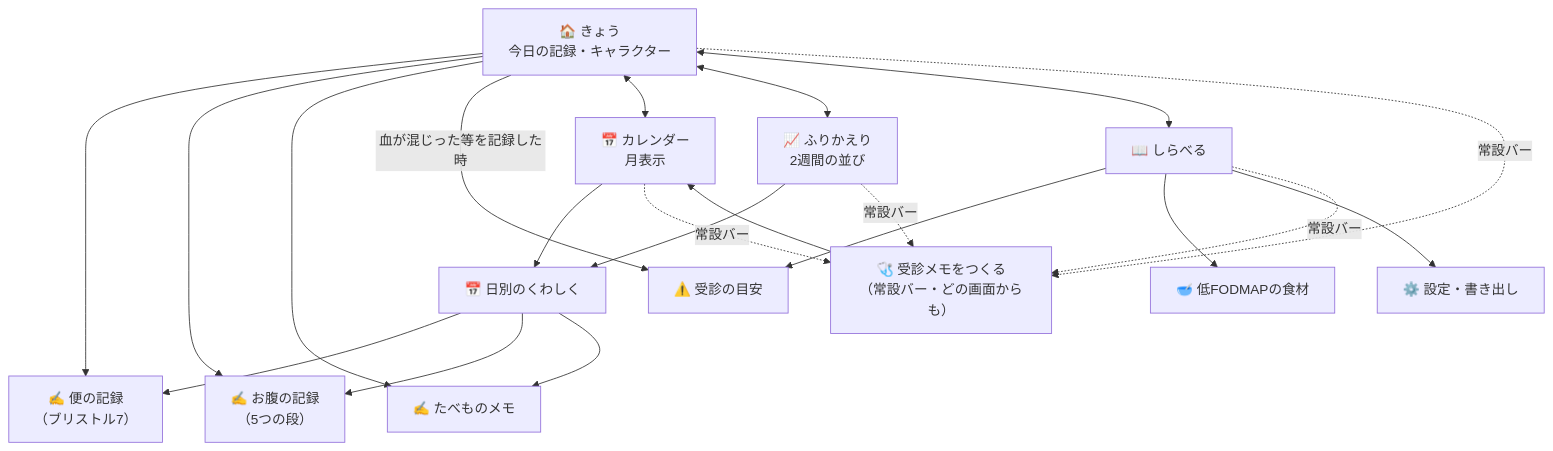
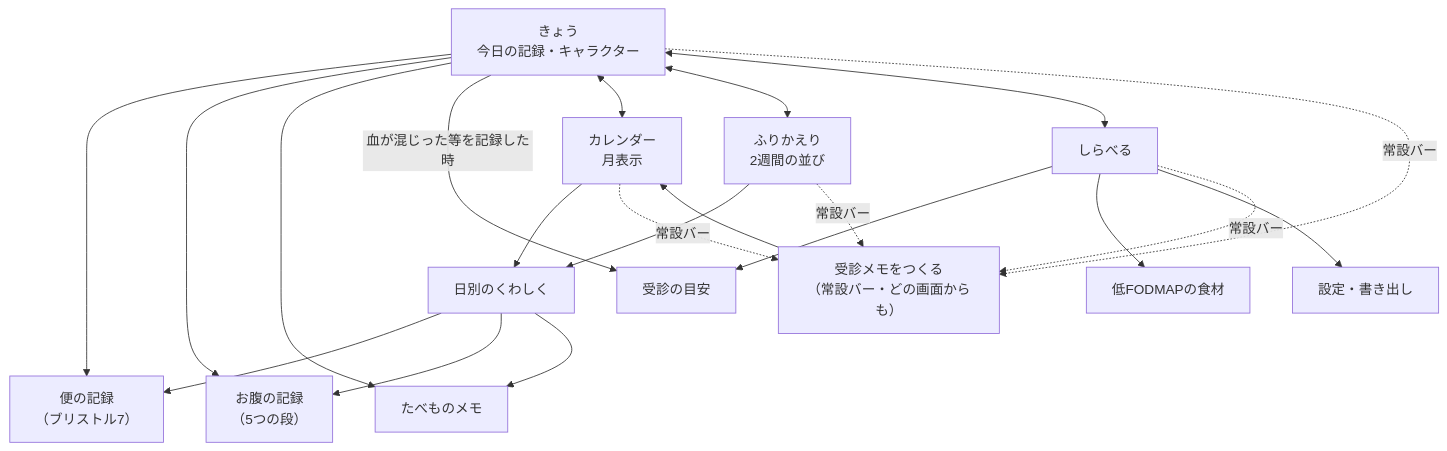
Before and after one commit to youtaix656-eng/-: the diagram in chou/docs/SCREENS.md, drawn with Mermaid. The commit also changed other lines of this file and 39 other files, not shown here.

````diff
--- a/chou/docs/SCREENS.md
+++ b/chou/docs/SCREENS.md
@@ -9,43 +9,43 @@
 ```mermaid
 flowchart TD
-    Home["🏠 きょう<br/>今日の記録・キャラクター"]
-    Cal["📅 カレンダー<br/>月表示"]
-    Day["📅 日別のくわしく"]
-    Look["📈 ふりかえり<br/>2週間の並び"]
-    Know["📖 しらべる"]
+    Home["きょう<br/>今日の記録・キャラクター"]
+    Cal["カレンダー<br/>月表示"]
+    Day["日別のくわしく"]
+    Look["ふりかえり<br/>2週間の並び"]
+    Know["しらべる"]
 
-    Stool["✍️ 便の記録<br/>（ブリストル7）"]
-    Belly["✍️ お腹の記録<br/>（5つの段）"]
-    Meal["✍️ たべものメモ"]
+    Stool["便の記録<br/>（ブリストル7）"]
+    Belly["お腹の記録<br/>（5つの段）"]
+    Meal["たべものメモ"]
 
-    Note["🩺 受診メモをつくる<br/>（常設バー・どの画面からも）"]
-    Flag["⚠️ 受診の目安"]
-    Food["🥣 低FODMAPの食材"]
-    Set["⚙️ 設定・書き出し"]
+    Note["受診メモをつくる<br/>（常設バー・どの画面からも）"]
+    Flag["受診の目安"]
+    Food["低FODMAPの食材"]
+    Set["設定・書き出し"]
 
     Home --> Stool
     Home --> Belly
     Home --> Meal
     Home -->|"血が混じった等を記録した時"| Flag
 
     Home <--> Cal
     Home <--> Look
     Home <--> Know
 
     Cal --> Day
     Day --> Stool
     Day --> Belly
     Day --> Meal
 
     Look --> Day
 
     Know --> Flag
     Know --> Food
     Know --> Set
 
     Note --> Cal
     Home -.常設バー.-> Note
     Cal -.常設バー.-> Note
     Look -.常設バー.-> Note
     Know -.常設バー.-> Note
 ```
````
